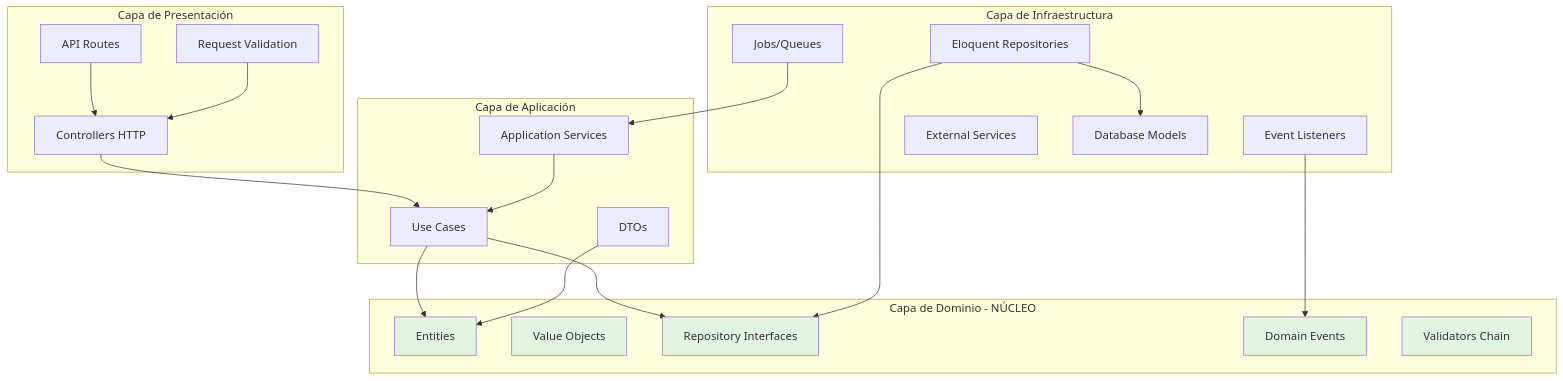
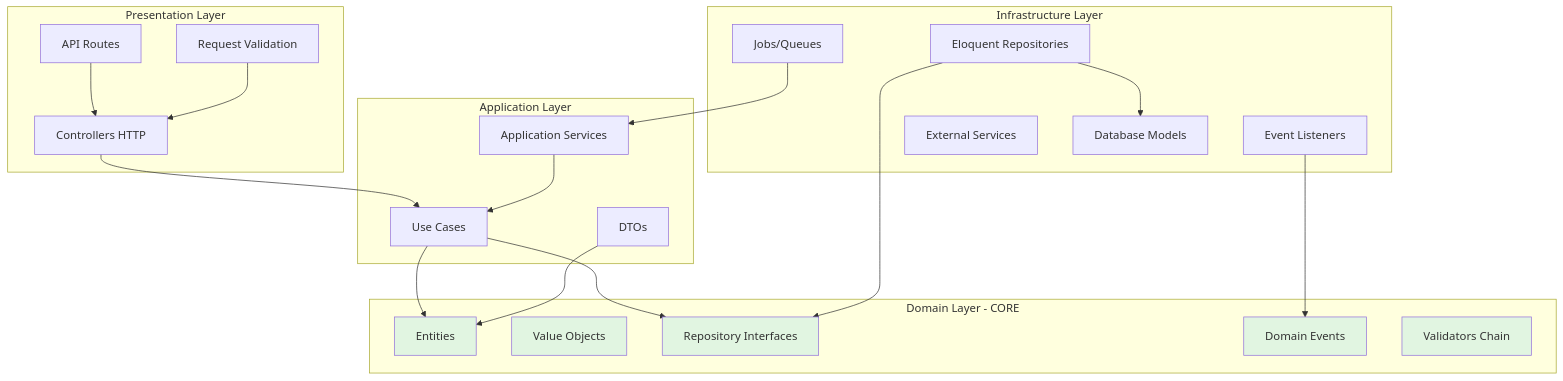
Before and after one commit to CristianLopez29/manage-applications-and-evaluators: the first of 2 diagrams in README.md, drawn with Mermaid. The commit also changed other lines of this file, not shown here.

````diff
--- a/README.md
+++ b/README.md
@@ -128,48 +182,48 @@
 ```mermaid
 graph TD
-    subgraph "Capa de Presentación"
+    subgraph "Presentation Layer"
         A[Controllers HTTP]
         B[API Routes]
         C[Request Validation]
     end
     
-    subgraph "Capa de Aplicación"
+    subgraph "Application Layer"
         D[Use Cases]
         E[DTOs]
         F[Application Services]
     end
     
-    subgraph "Capa de Dominio - NÚCLEO"
+    subgraph "Domain Layer - CORE"
         G[Entities]
         H[Value Objects]
         I[Repository Interfaces]
         J[Domain Events]
         K[Validators Chain]
     end
     
-    subgraph "Capa de Infraestructura"
+    subgraph "Infrastructure Layer"
         L[Eloquent Repositories]
         M[Event Listeners]
         N[Jobs/Queues]
         O[External Services]
         P[Database Models]
     end
     
     A --> D
     B --> A
     C --> A
     D --> I
     D --> G
     E --> G
     F --> D
     L --> I
     L --> P
     M --> J
     N --> F
     
     style G fill:#e1f5e1
     style H fill:#e1f5e1
     style I fill:#e1f5e1
     style J fill:#e1f5e1
     style K fill:#e1f5e1
 ```
````
